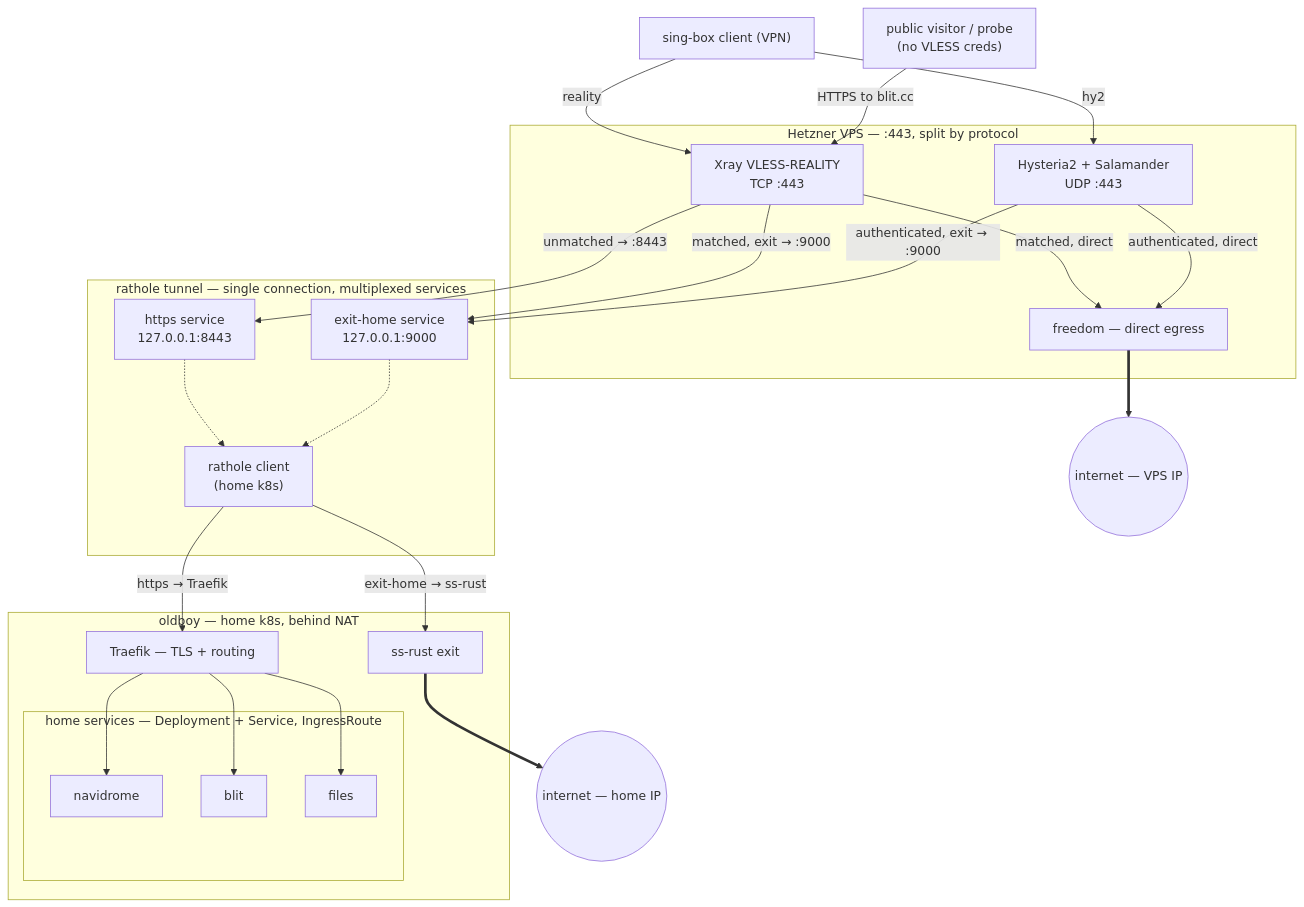
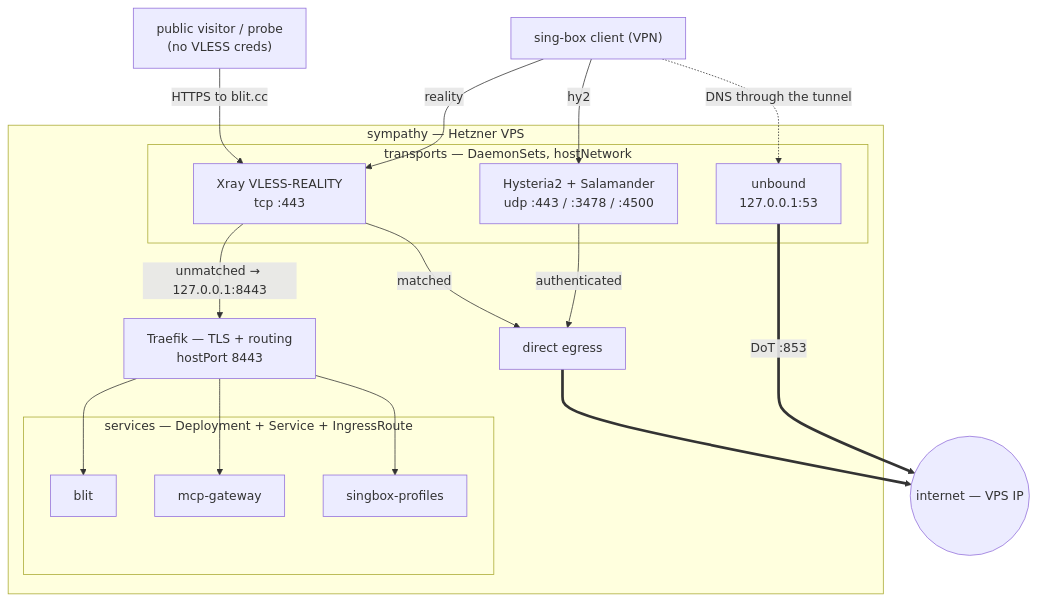
One commit to radiosilence/jaritanet changed the first of 6 diagrams in docs/architecture.md. Above: the diagram before and after it, drawn with Mermaid. The commit also changed other lines of this file and 2 other files, not shown here.

````diff
--- a/docs/architecture.md
+++ b/docs/architecture.md
@@ -21,51 +18,36 @@
 ```mermaid
 flowchart TD
   CLIENT["sing-box client (VPN)"]
   VISITOR["public visitor / probe<br/>(no VLESS creds)"]
 
-  subgraph vps["Hetzner VPS — :443, split by protocol"]
-    XR["Xray VLESS-REALITY<br/>TCP :443"]
-    HY["Hysteria2 + Salamander<br/>UDP :443"]
-    FREE["freedom — direct egress"]
-  end
-
-  subgraph rh["rathole tunnel — single connection, multiplexed services"]
-    HTTPS_P["https service<br/>127.0.0.1:8443"]
-    EXIT_P["exit-home service<br/>127.0.0.1:9000"]
-    RC["rathole client<br/>(home k8s)"]
-    HTTPS_P -.-> RC
-    EXIT_P -.-> RC
-  end
-
-  subgraph home["oldboy — home k8s, behind NAT"]
-    TR["Traefik — TLS + routing"]
-    subgraph apps["home services — Deployment + Service, IngressRoute"]
-      ND["navidrome"]
+  subgraph vps["sympathy — Hetzner VPS"]
+    subgraph entry["transports — DaemonSets, hostNetwork"]
+      XR["Xray VLESS-REALITY<br/>tcp :443"]
+      HY["Hysteria2 + Salamander<br/>udp :443 / :3478 / :4500"]
+      UB["unbound<br/>127.0.0.1:53"]
+    end
+    TR["Traefik — TLS + routing<br/>hostPort 8443"]
+    subgraph apps["services — Deployment + Service + IngressRoute"]
       BL["blit"]
-      FS["files"]
+      MCP["mcp-gateway"]
+      PROF["singbox-profiles"]
     end
-    SS["ss-rust exit"]
-    TR --> ND
+    FREE["direct egress"]
     TR --> BL
-    TR --> FS
+    TR --> MCP
+    TR --> PROF
   end
 
   VPSIP(("internet — VPS IP"))
-  HOMEIP(("internet — home IP"))
 
   CLIENT -->|reality| XR
   CLIENT -->|hy2| HY
+  CLIENT -.->|"DNS through the tunnel"| UB
   VISITOR -->|"HTTPS to blit.cc"| XR
 
-  XR -->|"unmatched → :8443"| HTTPS_P
-  XR -->|"matched, direct"| FREE
-  XR -->|"matched, exit → :9000"| EXIT_P
-  HY -->|"authenticated, direct"| FREE
-  HY -->|"authenticated, exit → :9000"| EXIT_P
-
-  RC -->|"https → Traefik"| TR
-  RC -->|"exit-home → ss-rust"| SS
-
+  XR -->|"unmatched → 127.0.0.1:8443"| TR
+  XR -->|"matched"| FREE
+  HY -->|"authenticated"| FREE
   FREE ==> VPSIP
-  SS ==> HOMEIP
+  UB ==>|"DoT :853"| VPSIP
 ```
````
